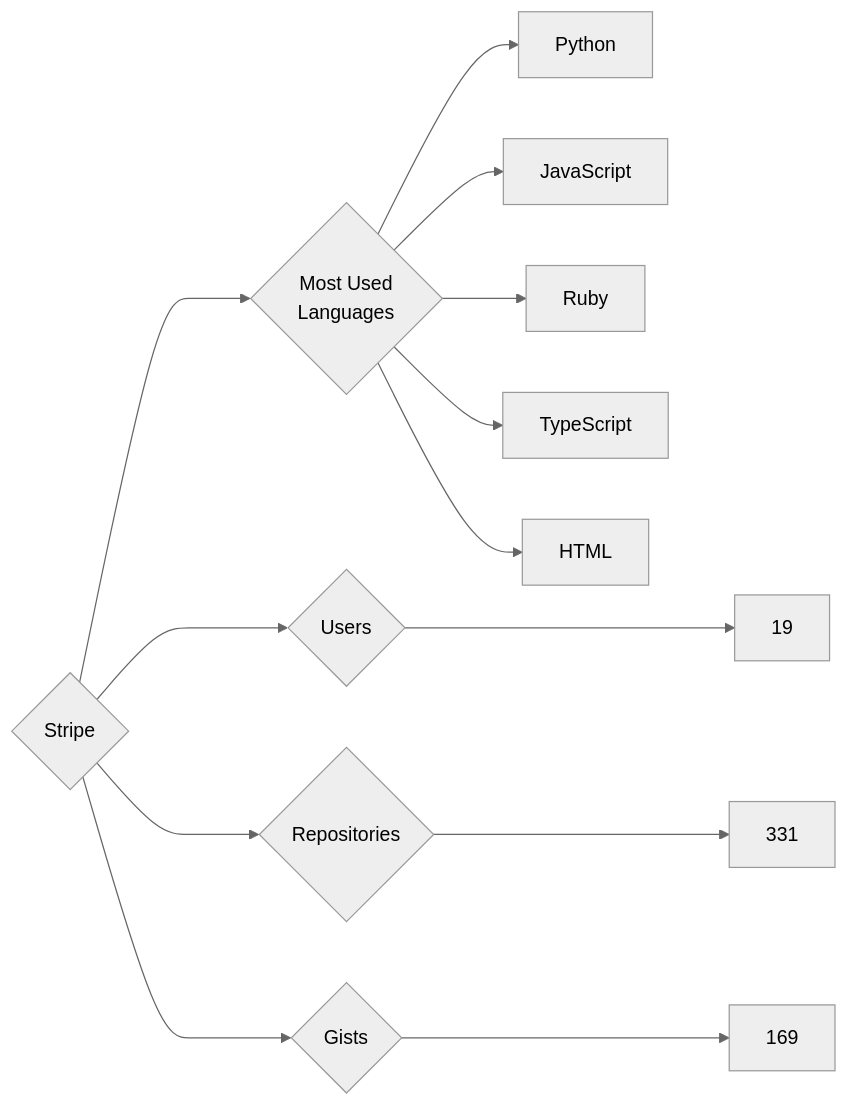
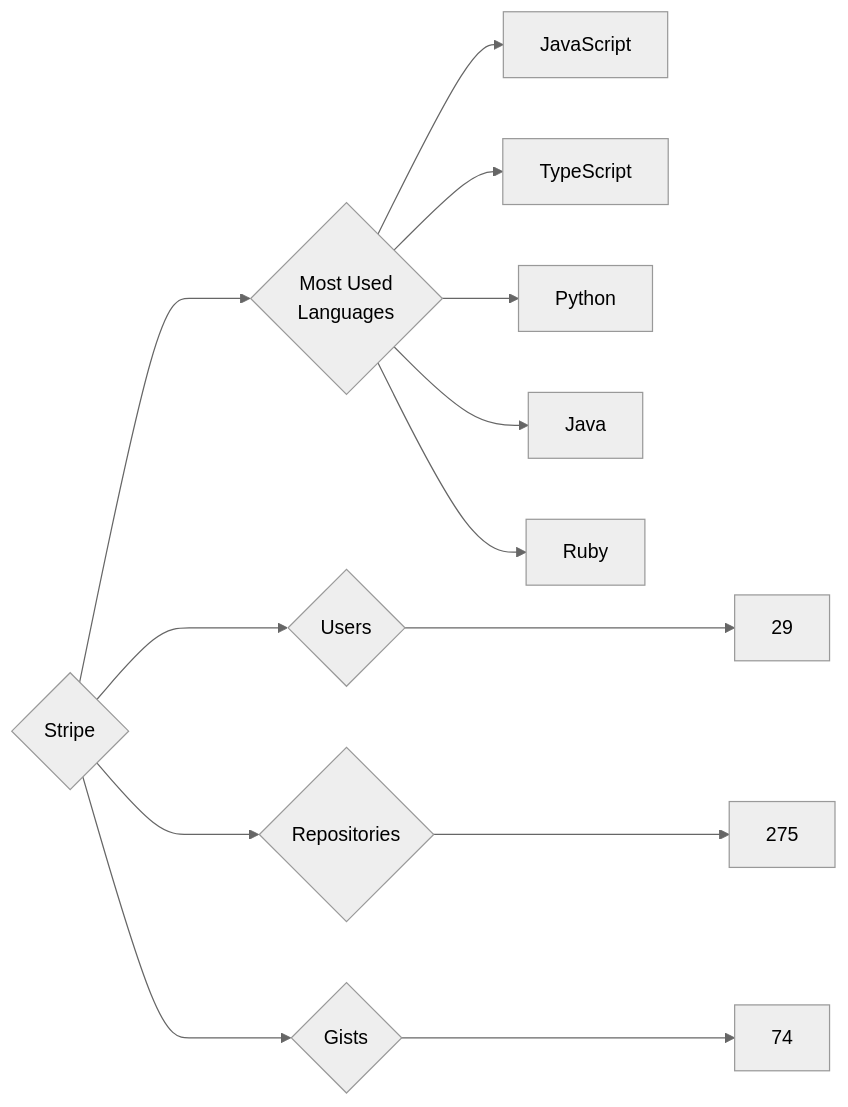
Before and after one commit to trickest/insiders: the diagram in targets/Stripe/README.md, drawn with Mermaid (neutral theme). The commit also changed 920 other files, not shown here.

````diff
--- a/targets/Stripe/README.md
+++ b/targets/Stripe/README.md
@@ -3,13 +3,13 @@
 ```mermaid
 graph LR
 COMPANY_NAME{Stripe}
-COMPANY_NAME ---> U{Users} ---> UN[19]
-COMPANY_NAME ---> R{Repositories} ---> RN[331]
-COMPANY_NAME ---> G{Gists} ---> GN[169]
+COMPANY_NAME ---> U{Users} ---> UN[29]
+COMPANY_NAME ---> R{Repositories} ---> RN[275]
+COMPANY_NAME ---> G{Gists} ---> GN[74]
 COMPANY_NAME ---> ML{Most Used<br>Languages}
+ML --> JavaScript[JavaScript]
+ML --> TypeScript[TypeScript]
 ML --> Python[Python]
-ML --> JavaScript[JavaScript]
+ML --> Java[Java]
 ML --> Ruby[Ruby]
-ML --> TypeScript[TypeScript]
-ML --> HTML[HTML]
 ```
````
